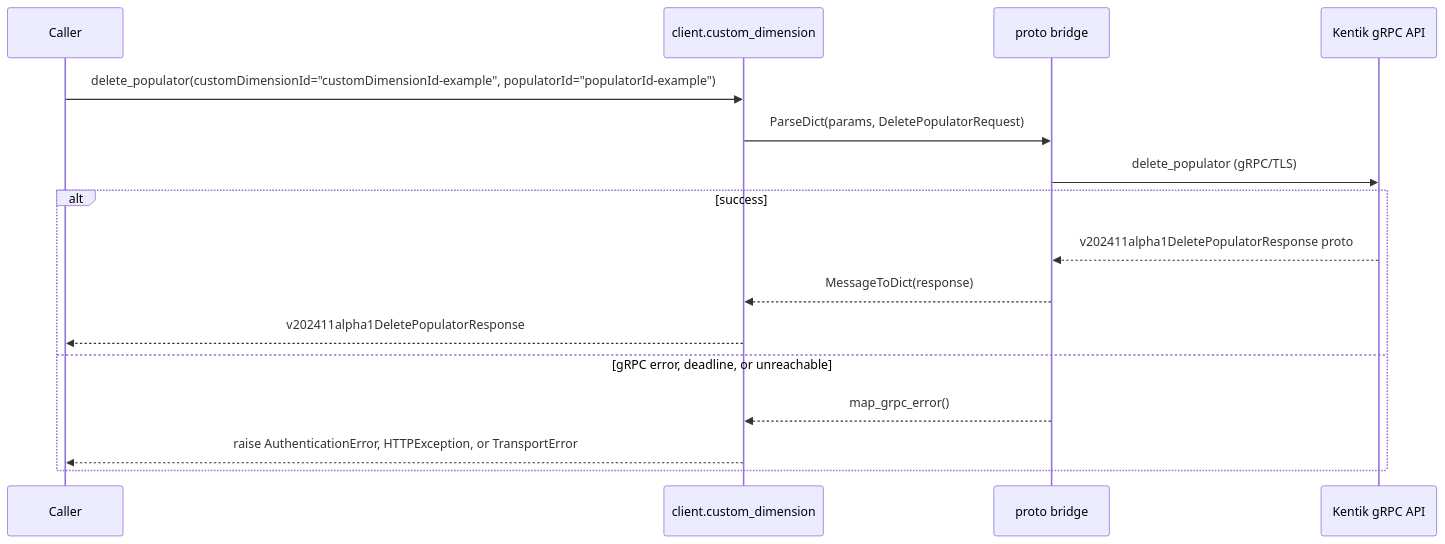
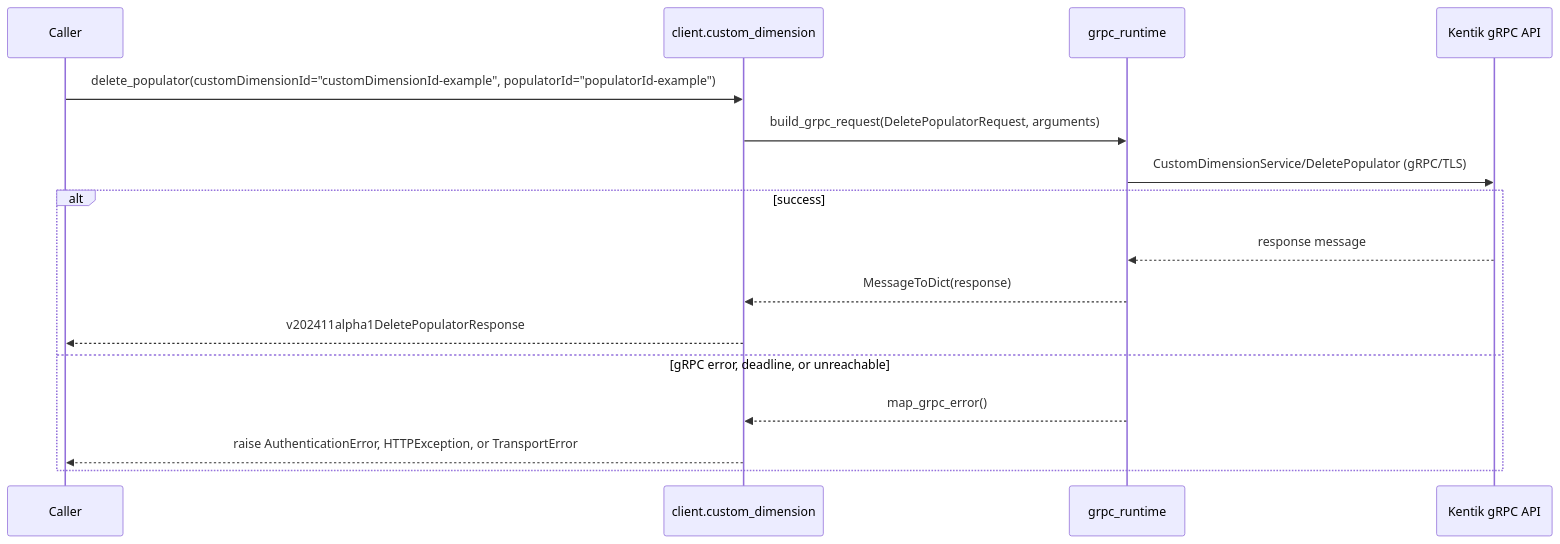
One commit to alexdearaujo/community_sdk_python changed diagram 17 of 22 in docs/sphinx/services/custom_dimension.md. Above: the diagram before and after it, drawn with Mermaid. The commit also changed other lines of this file and 37 other files, not shown here.

First line of the commit message:
docs: show the real RPC in each service page's gRPC diagram

````diff
--- a/docs/sphinx/services/custom_dimension.md
+++ b/docs/sphinx/services/custom_dimension.md
@@ -594,19 +594,19 @@
 ```mermaid
 sequenceDiagram
     participant C as Caller
     participant W as client.custom_dimension
-    participant B as proto bridge
+    participant R as grpc_runtime
     participant API as Kentik gRPC API
 
     C->>W: delete_populator(customDimensionId="customDimensionId-example", populatorId="populatorId-example")
-    W->>B: ParseDict(params, DeletePopulatorRequest)
-    B->>API: delete_populator (gRPC/TLS)
+    W->>R: build_grpc_request(DeletePopulatorRequest, arguments)
+    R->>API: CustomDimensionService/DeletePopulator (gRPC/TLS)
     alt success
-        API-->>B: v202411alpha1DeletePopulatorResponse proto
-        B-->>W: MessageToDict(response)
+        API-->>R: response message
+        R-->>W: MessageToDict(response)
         W-->>C: v202411alpha1DeletePopulatorResponse
     else gRPC error, deadline, or unreachable
-        B-->>W: map_grpc_error()
+        R-->>W: map_grpc_error()
         W-->>C: raise AuthenticationError, HTTPException, or TransportError
     end
 ```
````
